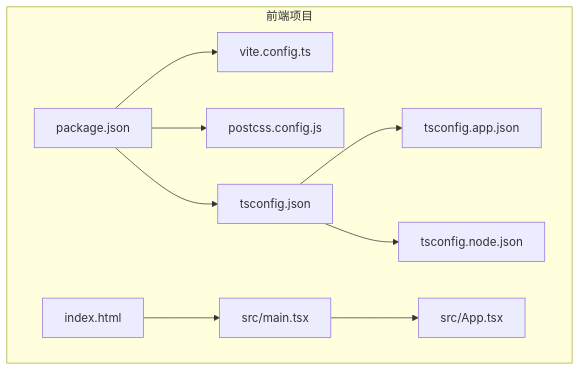
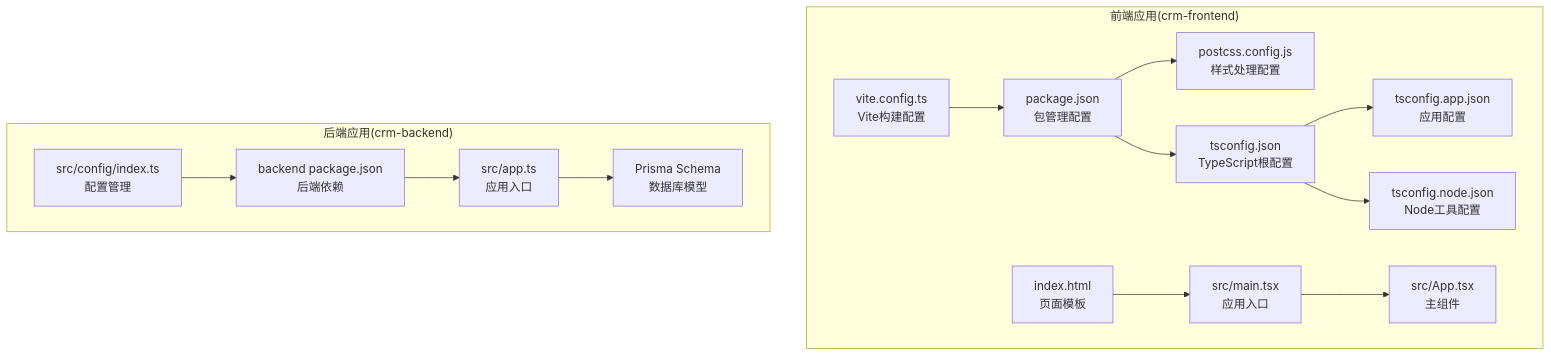
One commit to xianjianshenqu/SalesFlow-CRM changed the first of 6 diagrams in .qoder/repowiki/zh/content/部署指南.md. Above: the diagram before and after it, drawn with Mermaid. The commit also changed other lines of this file and 17 other files, not shown here.

````diff
--- a/.qoder/repowiki/zh/content/部署指南.md
+++ b/.qoder/repowiki/zh/content/部署指南.md
@@ -39,21 +51,30 @@
 ```mermaid
 graph TB
-subgraph "前端项目"
-VCFG["vite.config.ts"]
-PKG["package.json"]
-PCFG["postcss.config.js"]
-TSJ["tsconfig.json"]
-TSPA["tsconfig.app.json"]
-TSN["tsconfig.node.json"]
-HTML["index.html"]
-MAIN["src/main.tsx"]
-APP["src/App.tsx"]
+subgraph "前端应用(crm-frontend)"
+VCFG["vite.config.ts<br/>Vite构建配置"]
+PKG["package.json<br/>包管理配置"]
+PCFG["postcss.config.js<br/>样式处理配置"]
+TSJ["tsconfig.json<br/>TypeScript根配置"]
+TSPA["tsconfig.app.json<br/>应用配置"]
+TSN["tsconfig.node.json<br/>Node工具配置"]
+HTML["index.html<br/>页面模板"]
+MAIN["src/main.tsx<br/>应用入口"]
+APP["src/App.tsx<br/>主组件"]
 end
-PKG --> VCFG
+subgraph "后端应用(crm-backend)"
+BCONF["src/config/index.ts<br/>配置管理"]
+BPKG["backend package.json<br/>后端依赖"]
+BAPP["src/app.ts<br/>应用入口"]
+BDB["Prisma Schema<br/>数据库模型"]
+end
+VCFG --> PKG
 PKG --> PCFG
 PKG --> TSJ
 TSJ --> TSPA
 TSJ --> TSN
 HTML --> MAIN
 MAIN --> APP
+BCONF --> BPKG
+BPKG --> BAPP
+BAPP --> BDB
 ```
````
